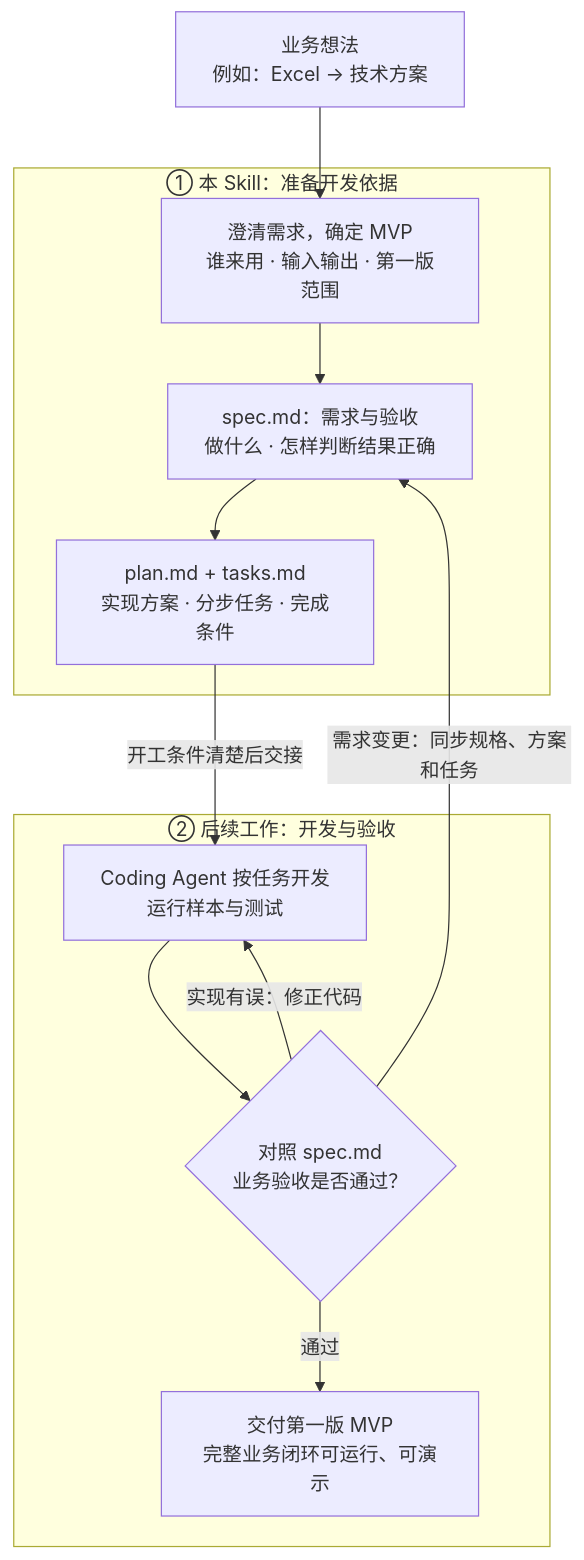
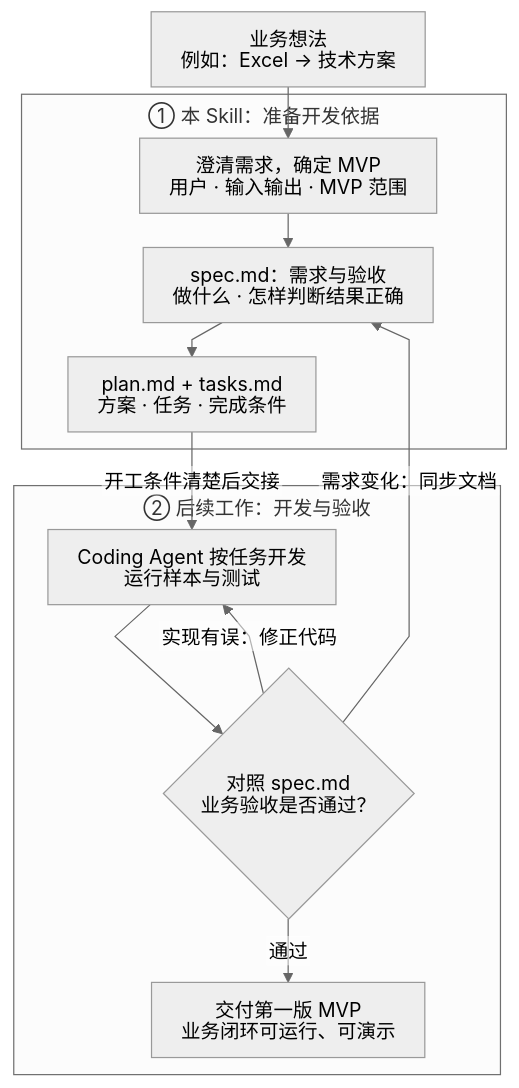
The diagram in docs/diagrams/sdd-workflow.mmd (GeekerDing/ai-spark-sdd-skill), drawn with Mermaid before and after one commit. The commit also changed 2 other files, not shown here.

```diff
--- a/docs/diagrams/sdd-workflow.mmd
+++ b/docs/diagrams/sdd-workflow.mmd
@@ -1,25 +1,40 @@
+---
+config:
+  theme: neutral
+  htmlLabels: false
+  fontFamily: 'system-ui, "PingFang SC", "Microsoft YaHei", sans-serif'
+  flowchart:
+    htmlLabels: false
+    curve: linear
+    nodeSpacing: 36
+    rankSpacing: 28
+    padding: 12
+    subGraphTitleMargin:
+      top: 8
+      bottom: 14
+---
 flowchart TD
     accTitle: AI 星火计划 SDD 工作流程
     accDescr: 从业务想法出发，由 Skill 澄清需求并准备规格、方案和任务，交接后由 Coding Agent 开发并由参与者验收。实现有误时修正代码，需求变化时同步文档。
 
     idea["业务想法<br/>例如：Excel → 技术方案"]
 
     subgraph preparation["① 本 Skill：准备开发依据"]
-        discover["澄清需求，确定 MVP<br/>谁来用 · 输入输出 · 第一版范围"]
+        discover["澄清需求，确定 MVP<br/>用户 · 输入输出 · MVP 范围"]
         spec["spec.md：需求与验收<br/>做什么 · 怎样判断结果正确"]
-        planTasks["plan.md + tasks.md<br/>实现方案 · 分步任务 · 完成条件"]
+        planTasks["plan.md + tasks.md<br/>方案 · 任务 · 完成条件"]
         discover --> spec --> planTasks
     end
 
     subgraph development["② 后续工作：开发与验收"]
         implement["Coding Agent 按任务开发<br/>运行样本与测试"]
         acceptance{"对照 spec.md<br/>业务验收是否通过？"}
-        deliver["交付第一版 MVP<br/>完整业务闭环可运行、可演示"]
+        deliver["交付第一版 MVP<br/>业务闭环可运行、可演示"]
         implement --> acceptance
         acceptance -->|通过| deliver
         acceptance -->|实现有误：修正代码| implement
     end
 
     idea --> discover
     planTasks -->|开工条件清楚后交接| implement
-    acceptance -->|需求变更：同步规格、方案和任务| spec
+    acceptance -->|需求变化：同步文档| spec
```
